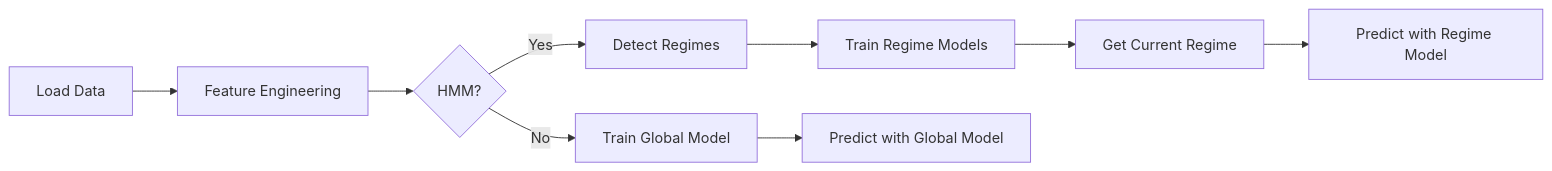
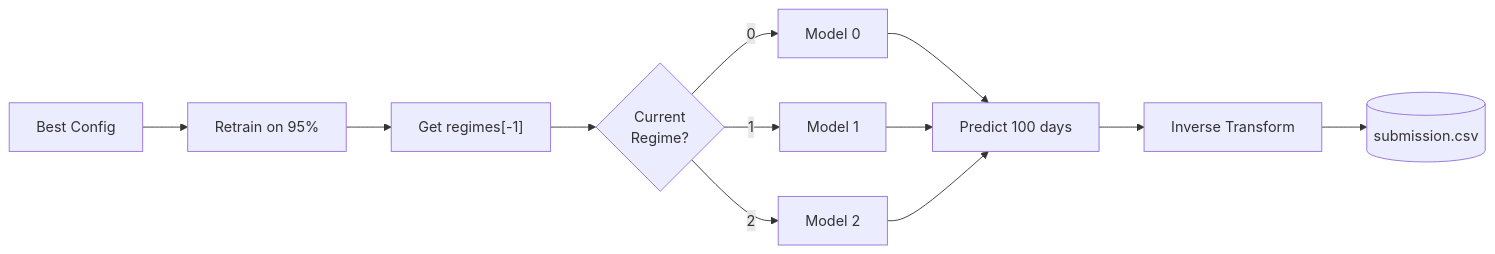
One commit to Hirin/AIO-Projects changed the sixth of 6 diagrams in Project-6.1/README.md. Above: the diagram before and after it, drawn with Mermaid. The commit also changed other lines of this file and 93 other files, not shown here.

````diff
--- a/Project-6.1/README.md
+++ b/Project-6.1/README.md
@@ -42,11 +188,12 @@
 ```mermaid
-graph LR
-    A[Load Data] --> B[Feature Engineering]
-    B --> C{HMM?}
-    C -- Yes --> D[Detect Regimes]
-    D --> E[Train Regime Models]
-    C -- No --> F[Train Global Model]
-    E --> G[Get Current Regime]
-    G --> H[Predict with Regime Model]
-    F --> I[Predict with Global Model]
+flowchart LR
+    A["Best Config"] --> B["Retrain on 95%"]
+    B --> C["Get regimes[-1]"]
+    C --> D{"Current<br/>Regime?"}
+    D --> |"0"| M0["Model 0"]
+    D --> |"1"| M1["Model 1"]
+    D --> |"2"| M2["Model 2"]
+    M0 & M1 & M2 --> E["Predict 100 days"]
+    E --> F["Inverse Transform"]
+    F --> G[("submission.csv")]
 ```
````
